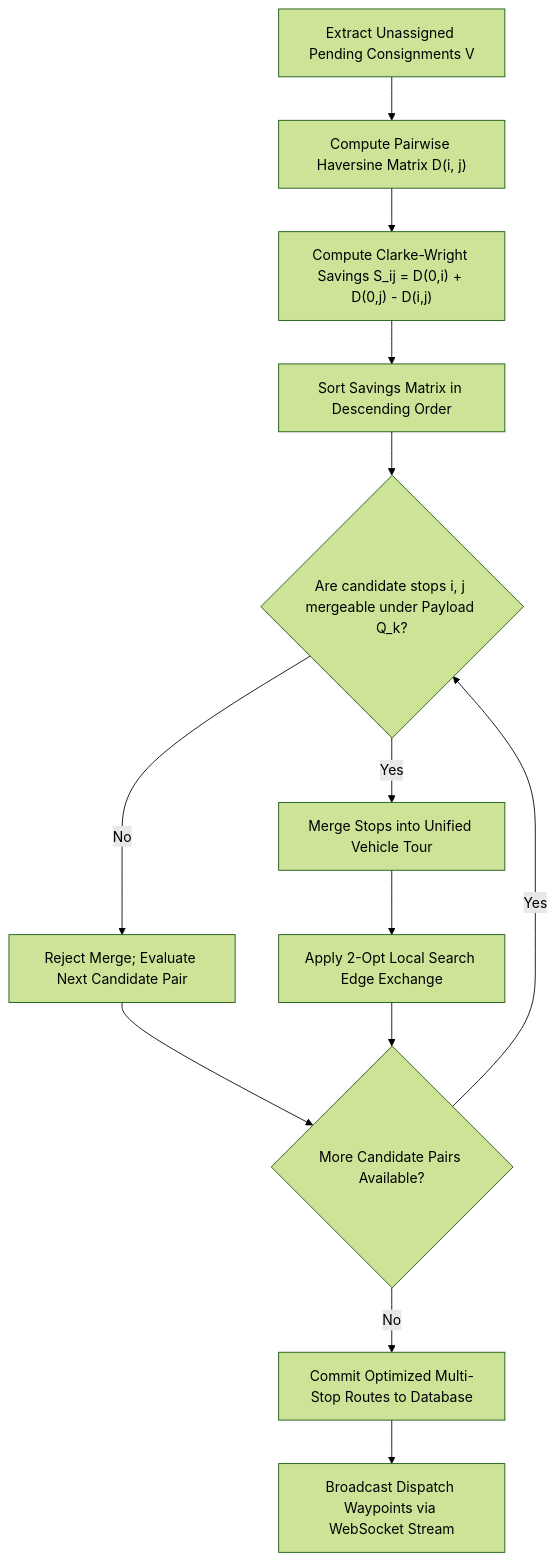
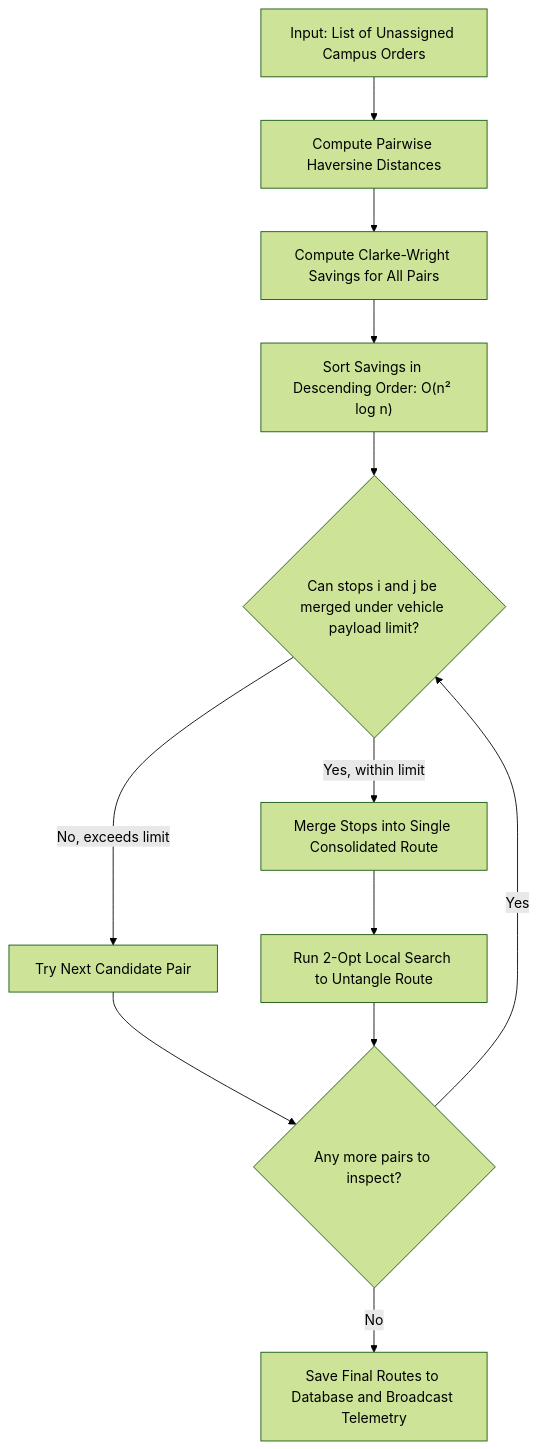
Before and after one commit to sighlars/university-of-ibadan-fleet-management: the first of 2 diagrams in docs/RESEARCH_PROJECT_REPORT.md, drawn with Mermaid (forest theme). The commit also changed other lines of this file and 5 other files, not shown here.

````diff
--- a/docs/RESEARCH_PROJECT_REPORT.md
+++ b/docs/RESEARCH_PROJECT_REPORT.md
@@ -156,15 +165,14 @@
 ```mermaid
 flowchart TD
-    A["Extract Unassigned Pending Consignments V"] --> B["Compute Pairwise Haversine Matrix D(i, j)"]
-    B --> C["Compute Clarke-Wright Savings S_ij = D(0,i) + D(0,j) - D(i,j)"]
-    C --> D["Sort Savings Matrix in Descending Order"]
-    D --> E{"Are candidate stops i, j mergeable under Payload Q_k?"}
-    E -- Yes --> F["Merge Stops into Unified Vehicle Tour"]
-    E -- No --> G["Reject Merge; Evaluate Next Candidate Pair"]
-    F --> H["Apply 2-Opt Local Search Edge Exchange"]
-    G --> I{"More Candidate Pairs Available?"}
+    A["Input: List of Unassigned Campus Orders"] --> B["Compute Pairwise Haversine Distances"]
+    B --> C["Compute Clarke-Wright Savings for All Pairs"]
+    C --> D["Sort Savings in Descending Order: O(n² log n)"]
+    D --> E{"Can stops i and j be merged under vehicle payload limit?"}
+    E -- "Yes, within limit" --> F["Merge Stops into Single Consolidated Route"]
+    E -- "No, exceeds limit" --> G["Try Next Candidate Pair"]
+    F --> H["Run 2-Opt Local Search to Untangle Route"]
+    G --> I{"Any more pairs to inspect?"}
     H --> I
-    I -- Yes --> E
-    I -- No --> J["Commit Optimized Multi-Stop Routes to Database"]
-    J --> K["Broadcast Dispatch Waypoints via WebSocket Stream"]
+    I -- "Yes" --> E
+    I -- "No" --> J["Save Final Routes to Database and Broadcast Telemetry"]
 ```
````
